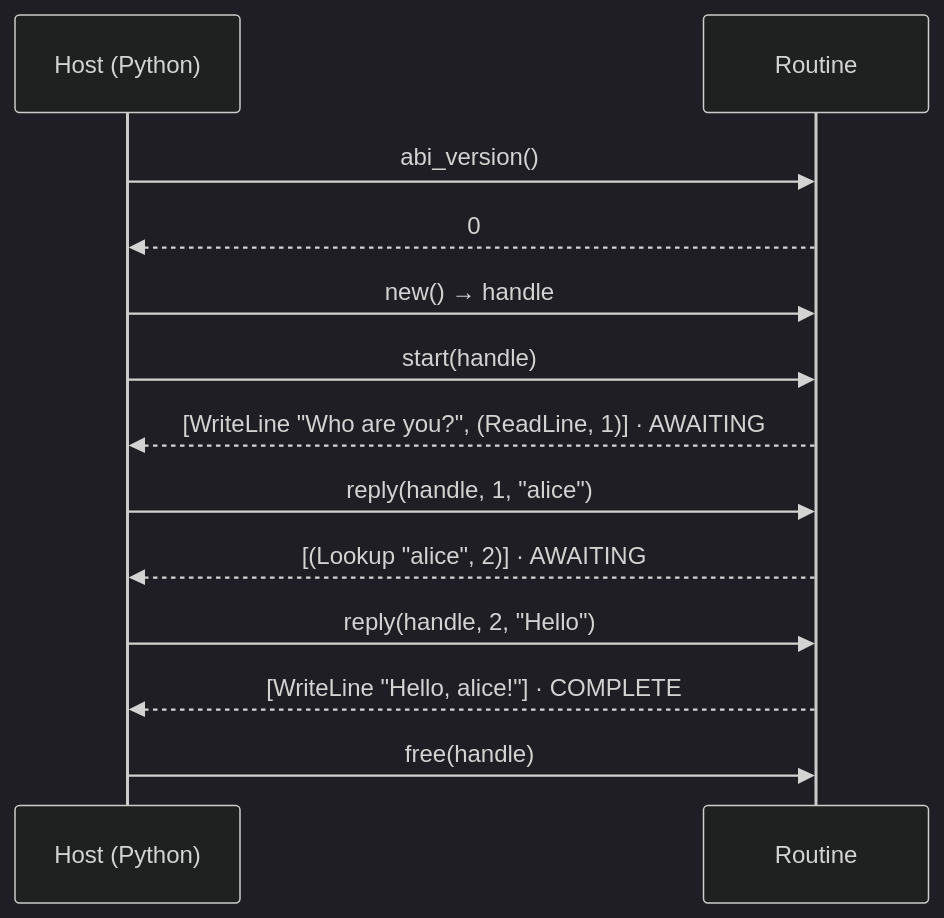
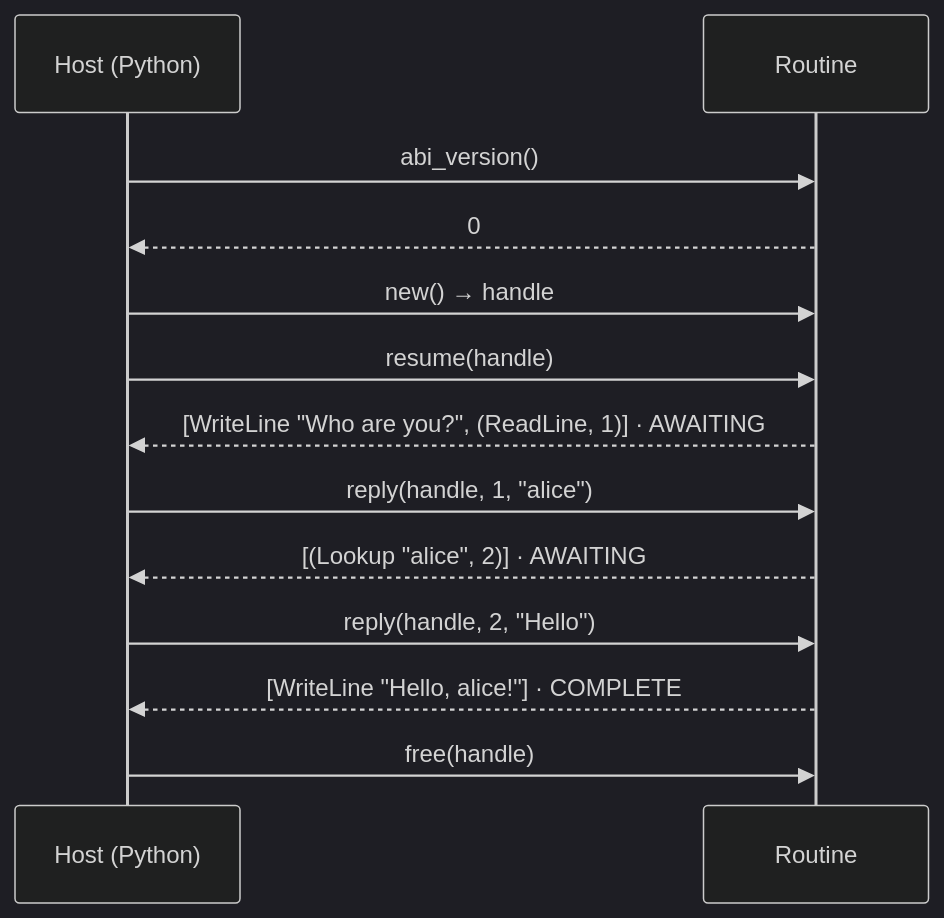
Before and after one commit to inkandswitch/sans-effort: the third of 3 diagrams in design/README.md, drawn with Mermaid (dark theme). The commit also changed other lines of this file and 49 other files, not shown here.

````diff
--- a/design/README.md
+++ b/design/README.md
@@ -65,16 +65,16 @@
 ```mermaid
 sequenceDiagram
     participant H as Host (Python)
     participant R as Routine
 
     H->>R: abi_version()
     R-->>H: 0
     H->>R: new() → handle
-    H->>R: start(handle)
+    H->>R: resume(handle)
     R-->>H: [WriteLine "Who are you?", (ReadLine, 1)] · AWAITING
     H->>R: reply(handle, 1, "alice")
     R-->>H: [(Lookup "alice", 2)] · AWAITING
     H->>R: reply(handle, 2, "Hello")
     R-->>H: [WriteLine "Hello, alice!"] · COMPLETE
     H->>R: free(handle)
 ```
````
